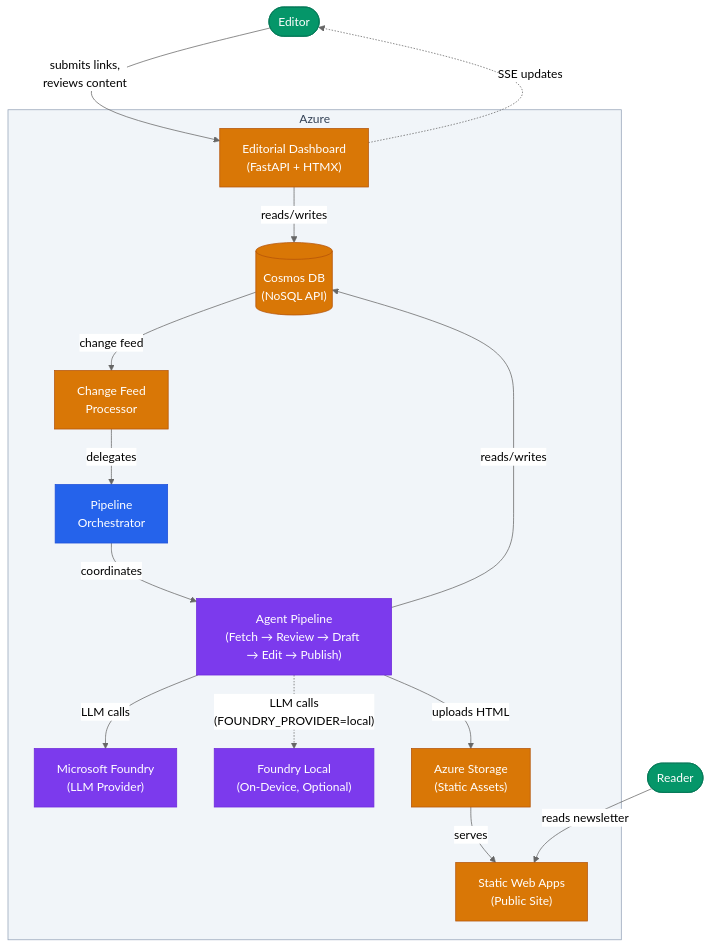
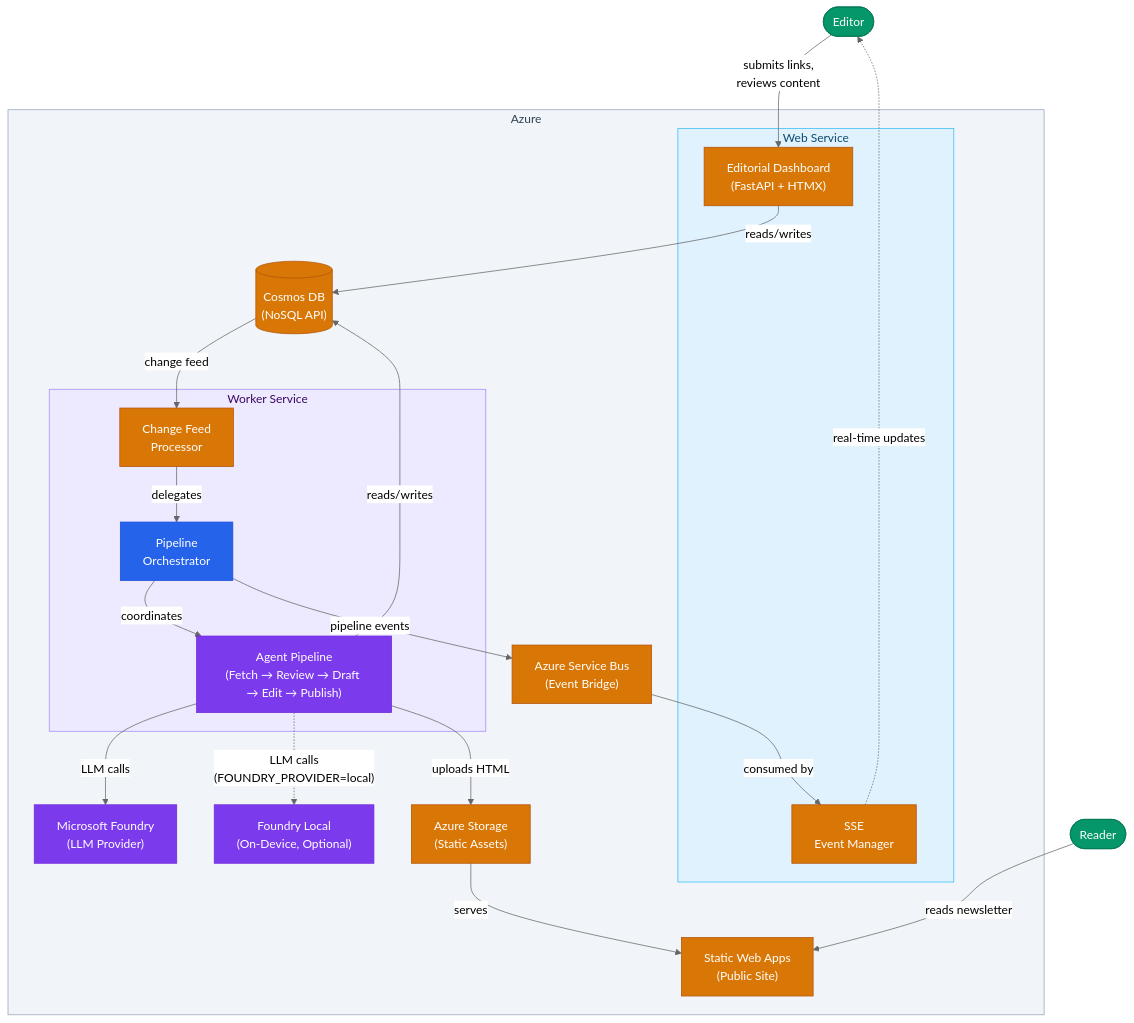
One commit to ljtill/agent-stack changed the first of 5 diagrams in docs/ARCHITECTURE.md. Above: the diagram before and after it, drawn with Mermaid (neutral theme). The commit also changed other lines of this file and 253 other files, not shown here.

First line of the commit message:
Decompose monolith into web, worker, and common packages

````diff
--- a/docs/ARCHITECTURE.md
+++ b/docs/ARCHITECTURE.md
@@ -9,42 +9,55 @@
 ```mermaid
 graph TB
     Editor([Editor])
     Reader([Reader])
 
     subgraph Azure["Azure"]
-        Dashboard["Editorial Dashboard<br/>(FastAPI + HTMX)"]
+        subgraph WebService["Web Service"]
+            Dashboard["Editorial Dashboard<br/>(FastAPI + HTMX)"]
+            SSE["SSE<br/>Event Manager"]
+        end
+
         CosmosDB[("Cosmos DB<br/>(NoSQL API)")]
-        ChangeFeed["Change Feed<br/>Processor"]
-        Orchestrator["Pipeline<br/>Orchestrator"]
-        Agents["Agent Pipeline<br/>(Fetch → Review → Draft → Edit → Publish)"]
+        ServiceBus["Azure Service Bus<br/>(Event Bridge)"]
+
+        subgraph WorkerService["Worker Service"]
+            ChangeFeed["Change Feed<br/>Processor"]
+            Orchestrator["Pipeline<br/>Orchestrator"]
+            Agents["Agent Pipeline<br/>(Fetch → Review → Draft → Edit → Publish)"]
+        end
+
         LLM["Microsoft Foundry<br/>(LLM Provider)"]
         LocalLLM["Foundry Local<br/>(On-Device, Optional)"]
         Storage["Azure Storage<br/>(Static Assets)"]
         StaticSite["Static Web Apps<br/>(Public Site)"]
     end
 
     Editor -->|submits links,<br/>reviews content| Dashboard
     Dashboard -->|reads/writes| CosmosDB
     CosmosDB -->|change feed| ChangeFeed
     ChangeFeed -->|delegates| Orchestrator
     Orchestrator -->|coordinates| Agents
     Agents -->|LLM calls| LLM
     Agents -.->|"LLM calls<br/>(FOUNDRY_PROVIDER=local)"| LocalLLM
     Agents -->|reads/writes| CosmosDB
     Agents -->|uploads HTML| Storage
     Storage -->|serves| StaticSite
     Reader -->|reads newsletter| StaticSite
-    Dashboard -.->|SSE updates| Editor
+    Orchestrator -->|pipeline events| ServiceBus
+    ServiceBus -->|consumed by| SSE
+    SSE -.->|real-time updates| Editor
 
     classDef outer fill:#2563eb,stroke:#1d4ed8,color:#fff
     classDef inner fill:#7c3aed,stroke:#6d28d9,color:#fff
     classDef infra fill:#d97706,stroke:#b45309,color:#fff
     classDef human fill:#059669,stroke:#047857,color:#fff
 
     class Orchestrator outer
     class Agents,LLM,LocalLLM inner
-    class Dashboard,CosmosDB,ChangeFeed,Storage,StaticSite infra
+    class Dashboard,SSE,CosmosDB,ChangeFeed,Storage,StaticSite,ServiceBus infra
     class Editor,Reader human
 
     style Azure fill:#f1f5f9,stroke:#94a3b8,color:#334155
+    style WebService fill:#e0f2fe,stroke:#38bdf8,color:#0c4a6e
+    style WorkerService fill:#ede9fe,stroke:#a78bfa,color:#3b0764
 ```
````
